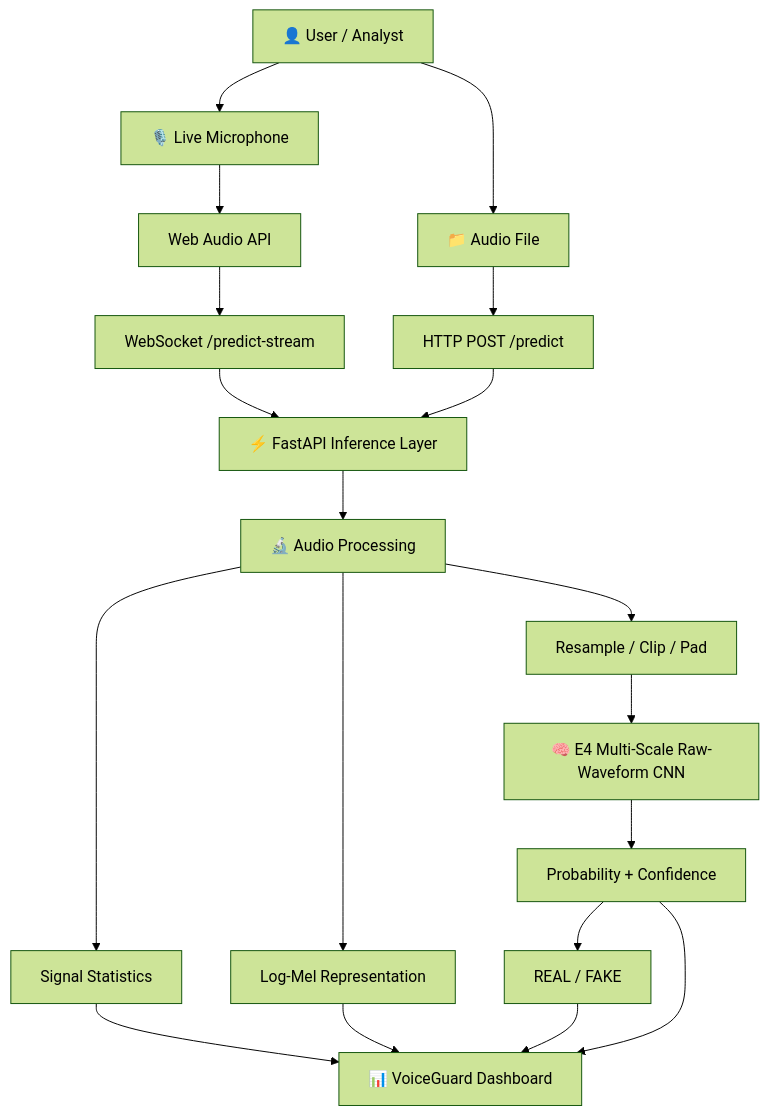
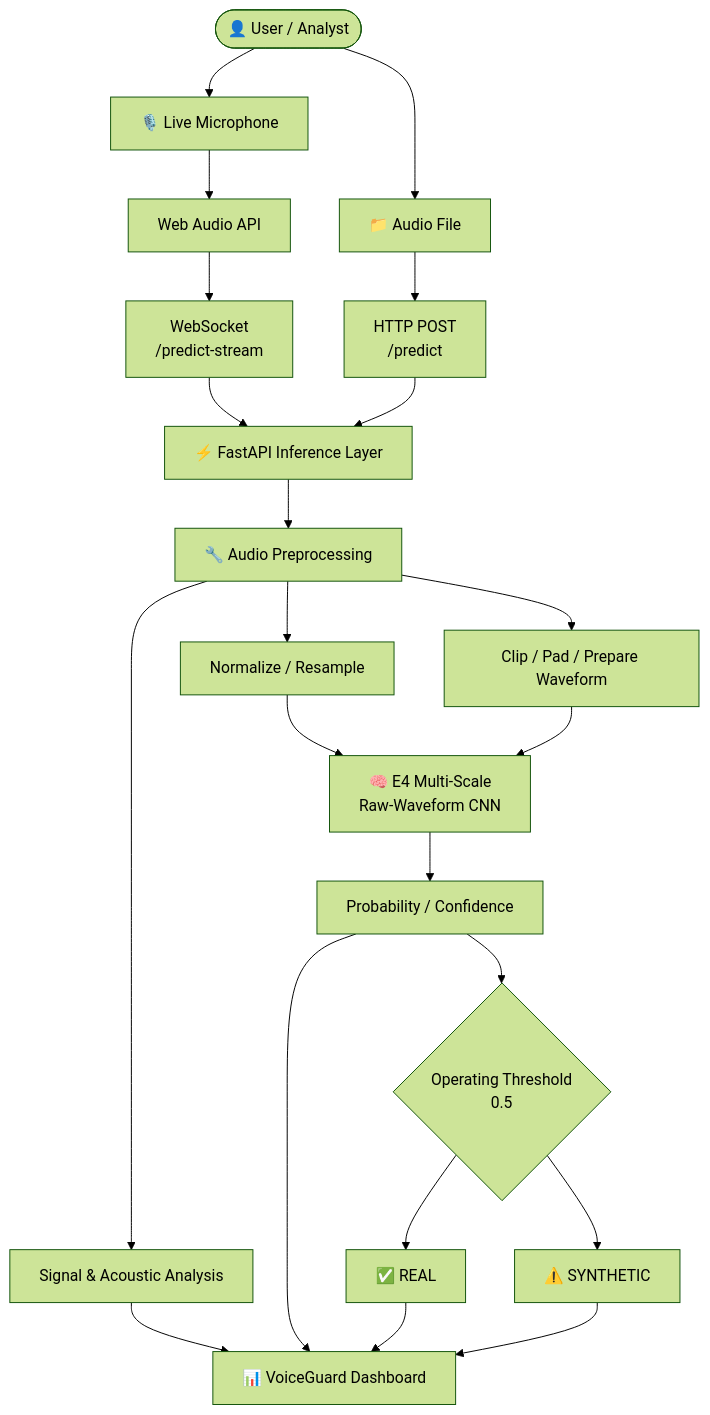
Before and after one commit to Jyatin/VoiceGuard: the first of 5 diagrams in README.md, drawn with Mermaid (forest theme). The commit also changed other lines of this file, not shown here.

````diff
--- a/README.md
+++ b/README.md
@@ -132,27 +119,33 @@
 ```mermaid
 flowchart TB
-    U[👤 User / Analyst]
-    U --> L[🎙️ Live Microphone]
-    U --> F[📁 Audio File]
+    USER([👤 User / Analyst])
 
-    L --> WA[Web Audio API]
-    WA --> WS[WebSocket /predict-stream]
-    F --> REST[HTTP POST /predict]
+    USER --> MIC[🎙️ Live Microphone]
+    USER --> FILE[📁 Audio File]
+
+    MIC --> WEB[Web Audio API]
+    WEB --> WS[WebSocket<br/>/predict-stream]
+    FILE --> REST[HTTP POST<br/>/predict]
 
     WS --> API[⚡ FastAPI Inference Layer]
     REST --> API
 
-    API --> PRE[🔬 Audio Processing]
-    PRE --> RES[Resample / Clip / Pad]
-    PRE --> SIG[Signal Statistics]
-    PRE --> MEL[Log-Mel Representation]
+    API --> PRE[🔧 Audio Preprocessing]
+    PRE --> NORM[Normalize / Resample]
+    PRE --> FIX[Clip / Pad / Prepare Waveform]
+    PRE --> FEATURES[Signal & Acoustic Analysis]
 
-    RES --> E4[🧠 E4 Multi-Scale Raw-Waveform CNN]
-    E4 --> SCORE[Probability + Confidence]
-    SCORE --> VERDICT[REAL / FAKE]
+    NORM --> E4[🧠 E4 Multi-Scale<br/>Raw-Waveform CNN]
+    FIX --> E4
 
-    SIG --> UI[📊 VoiceGuard Dashboard]
-    MEL --> UI
-    VERDICT --> UI
-    SCORE --> UI
+    E4 --> SCORE[Probability / Confidence]
+    SCORE --> DECISION{Operating Threshold<br/>0.5}
+
+    DECISION --> REAL[✅ REAL]
+    DECISION --> FAKE[⚠️ SYNTHETIC]
+
+    FEATURES --> DASH[📊 VoiceGuard Dashboard]
+    SCORE --> DASH
+    REAL --> DASH
+    FAKE --> DASH
 ```
````
